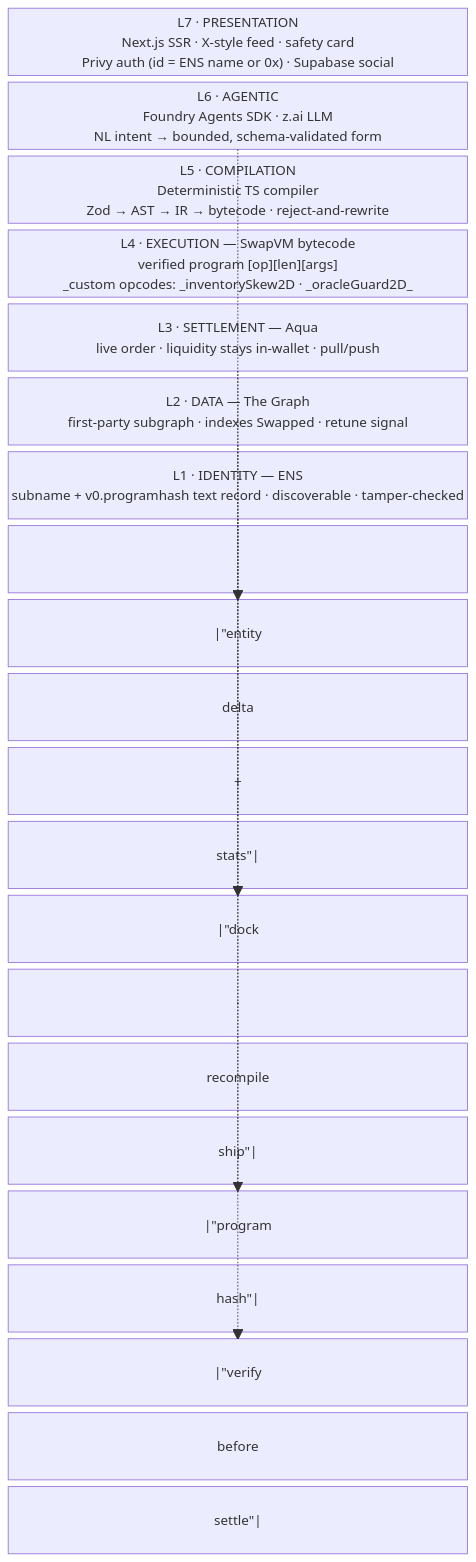
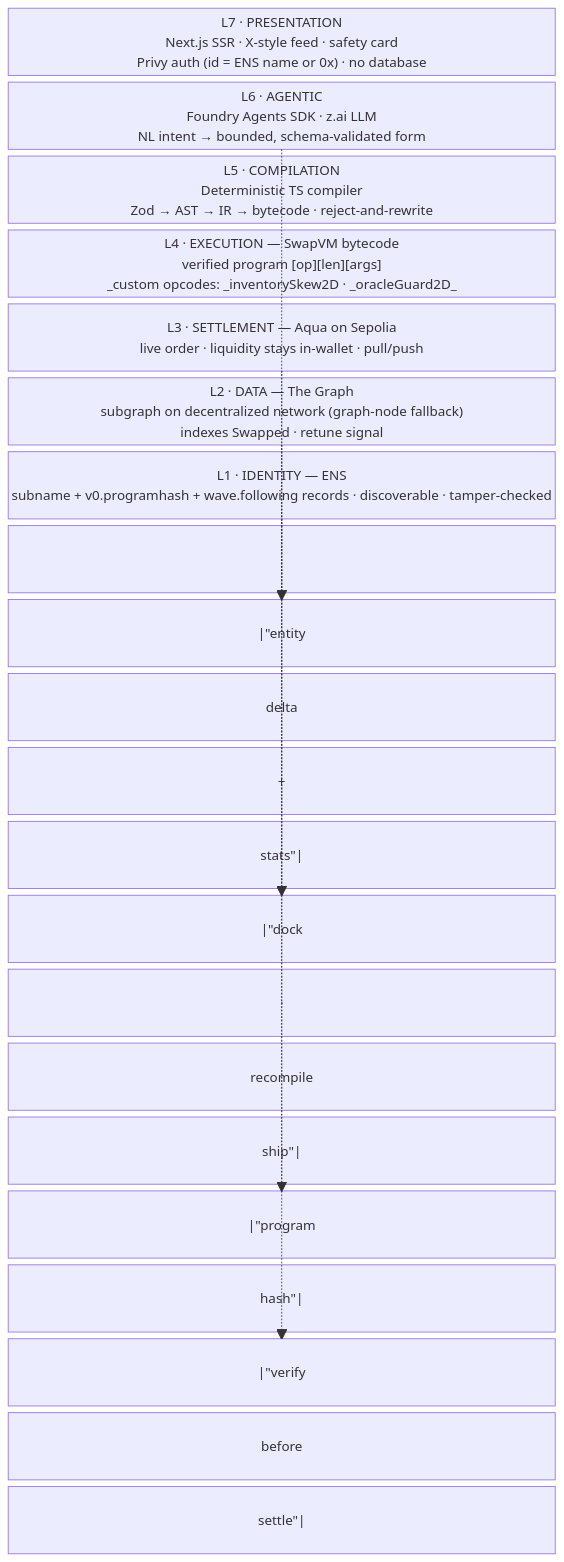
Before and after one commit to ppezzull/wave: the first of 2 diagrams in README.md, drawn with Mermaid. The commit also changed other lines of this file and 11 other files, not shown here.

First line of the commit message:
docs: remove the database, kill the 240s demo, rank the feed by a real algorithm (#4)

````diff
--- a/README.md
+++ b/README.md
@@ -19,18 +19,18 @@
 ```mermaid
 block-beta
     columns 1
 
-    L7["L7 · PRESENTATION\nNext.js SSR · X-style feed · safety card\nPrivy auth (id = ENS name or 0x) · Supabase social"]
+    L7["L7 · PRESENTATION\nNext.js SSR · X-style feed · safety card\nPrivy auth (id = ENS name or 0x) · no database"]
     L6["L6 · AGENTIC\nFoundry Agents SDK · z.ai LLM\nNL intent → bounded, schema-validated form"]
     L5["L5 · COMPILATION\nDeterministic TS compiler\nZod → AST → IR → bytecode · reject-and-rewrite"]
     L4["L4 · EXECUTION — SwapVM bytecode\nverified program [op][len][args]\n_custom opcodes: _inventorySkew2D · _oracleGuard2D_"]
-    L3["L3 · SETTLEMENT — Aqua\nlive order · liquidity stays in-wallet · pull/push"]
-    L2["L2 · DATA — The Graph\nfirst-party subgraph · indexes Swapped · retune signal"]
-    L1["L1 · IDENTITY — ENS\nsubname + v0.programhash text record · discoverable · tamper-checked"]
+    L3["L3 · SETTLEMENT — Aqua on Sepolia\nlive order · liquidity stays in-wallet · pull/push"]
+    L2["L2 · DATA — The Graph\nsubgraph on decentralized network (graph-node fallback)\nindexes Swapped · retune signal"]
+    L1["L1 · IDENTITY — ENS\nsubname + v0.programhash + wave.following records · discoverable · tamper-checked"]
 
     L7 --> L6 --> L5 --> L4 --> L3
     L2 -.->|"entity delta + stats"| L6
     L6 -.->|"dock · recompile · ship"| L3
     L3 -.->|"program hash"| L1
     L1 -.->|"verify before settle"| L3
 ```
````
